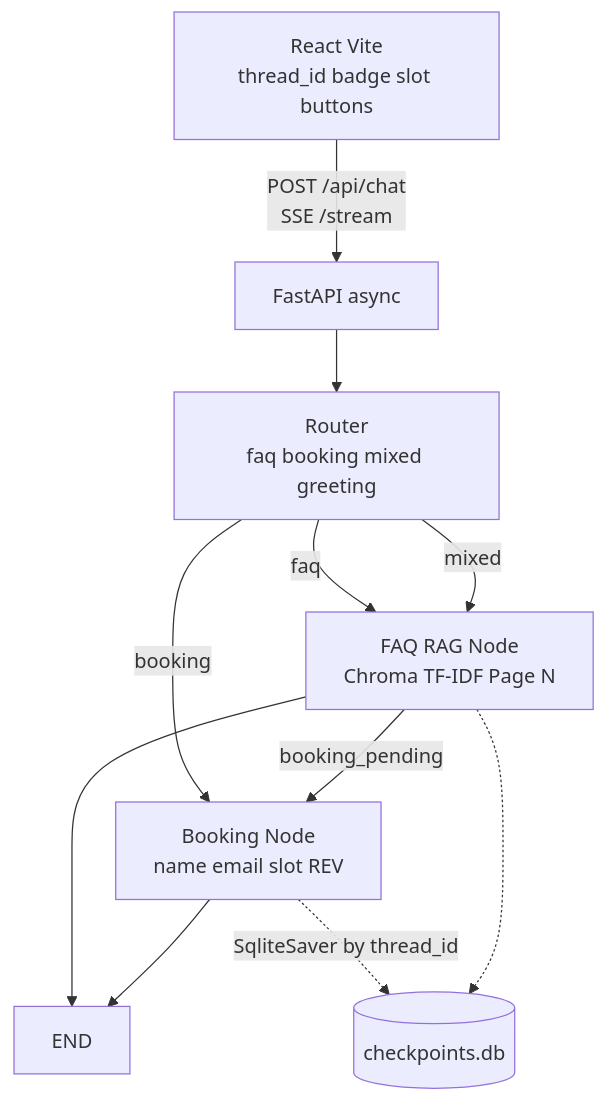
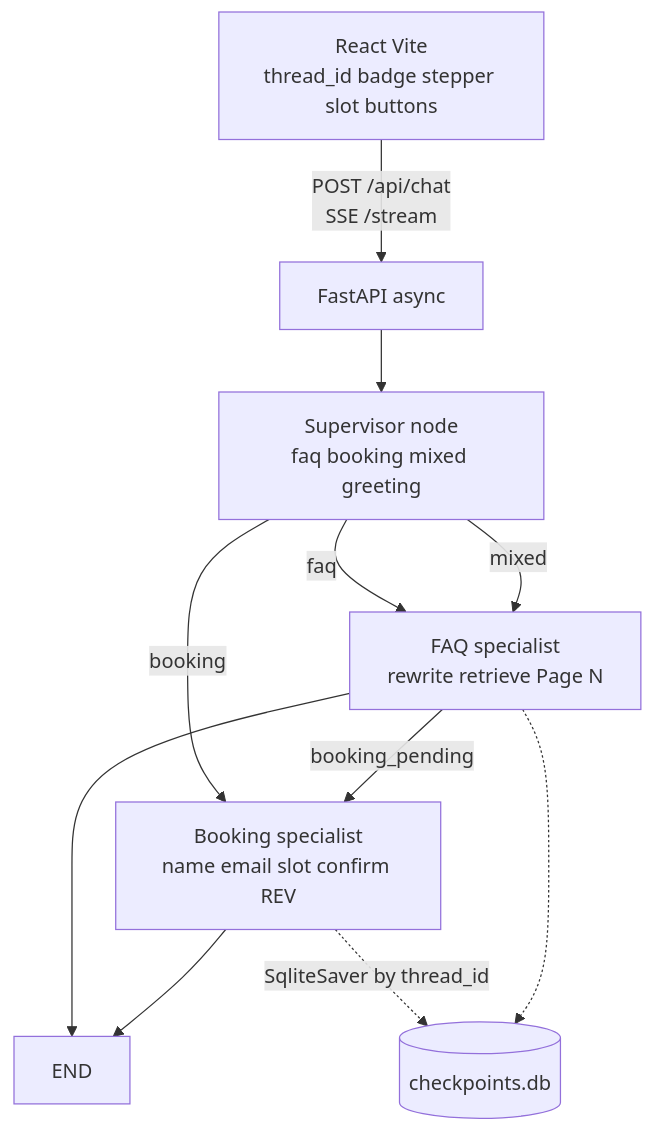
The diagram in README.md (Gourav-Shetty/agentic-hr-assistant), drawn with Mermaid before and after one commit. The commit also changed other lines of this file and 15 other files, not shown here.

Commit message:
feat: supervisor node, confirm-before-book, stepper UI, LLM rewrite, CI, real SSE

````diff
--- a/README.md
+++ b/README.md
@@ -34,13 +37,13 @@
 ```mermaid
 flowchart TB
-  UI[React Vite<br/>thread_id badge slot buttons] -->|POST /api/chat<br/>SSE /stream| API[FastAPI async]
-  API --> R[Router<br/>faq booking mixed greeting]
-  R -->|faq| RAG[FAQ RAG Node<br/>Chroma TF-IDF Page N]
-  R -->|booking| BK[Booking Node<br/>name email slot REV]
-  R -->|mixed| RAG
+  UI[React Vite<br/>thread_id badge stepper slot buttons] -->|POST /api/chat<br/>SSE /stream| API[FastAPI async]
+  API --> SUP[Supervisor node<br/>faq booking mixed greeting]
+  SUP -->|faq| RAG[FAQ specialist<br/>rewrite retrieve Page N]
+  SUP -->|booking| BK[Booking specialist<br/>name email slot confirm REV]
+  SUP -->|mixed| RAG
   RAG -->|booking_pending| BK
   RAG --> END
   BK --> END
   BK -.->|SqliteSaver by thread_id| DB[(checkpoints.db)]
   RAG -.-> DB
 ```
````
